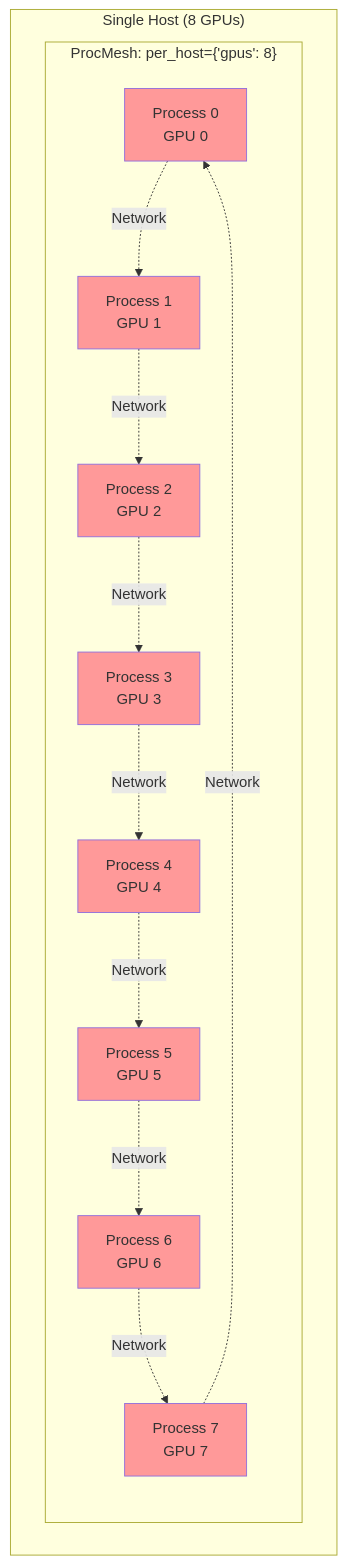
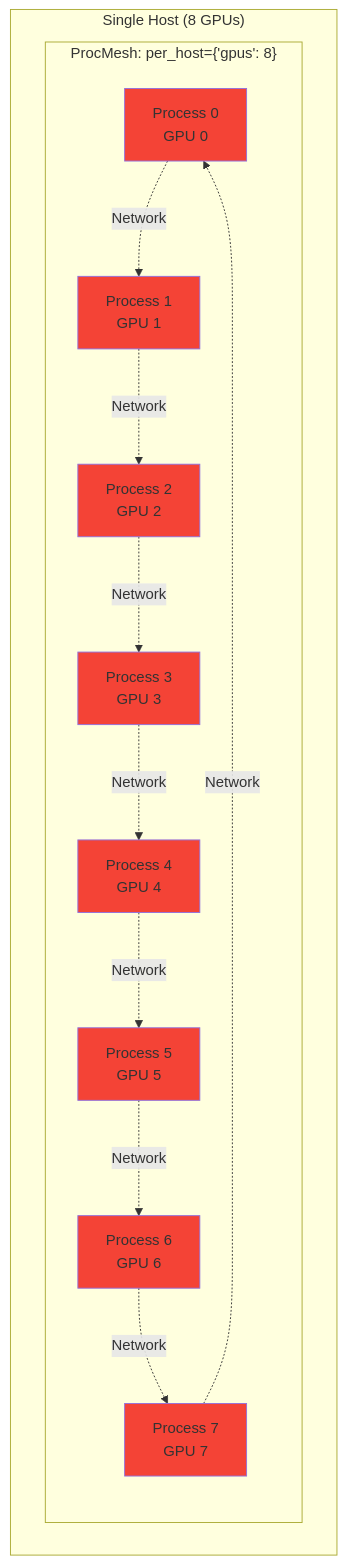
Before and after one commit to meta-pytorch/torchforge: the second of 8 diagrams in docs/Tutorials/3_Monarch_101.MD, drawn with Mermaid. The commit also changed other lines of this file and 2 other files, not shown here.

````diff
--- a/docs/Tutorials/3_Monarch_101.MD
+++ b/docs/Tutorials/3_Monarch_101.MD
@@ -53,33 +53,33 @@
 ```mermaid
 graph TD
     subgraph Host["Single Host (8 GPUs)"]
         subgraph ProcMesh["ProcMesh: per_host={'gpus': 8}"]
             P0["Process 0<br/>GPU 0"]
             P1["Process 1<br/>GPU 1"]
             P2["Process 2<br/>GPU 2"]
             P3["Process 3<br/>GPU 3"]
             P4["Process 4<br/>GPU 4"]
             P5["Process 5<br/>GPU 5"]
             P6["Process 6<br/>GPU 6"]
             P7["Process 7<br/>GPU 7"]
         end
 
         P0 -.->|"Network"| P1
         P1 -.->|"Network"| P2
         P2 -.->|"Network"| P3
         P3 -.->|"Network"| P4
         P4 -.->|"Network"| P5
         P5 -.->|"Network"| P6
         P6 -.->|"Network"| P7
         P7 -.->|"Network"| P0
     end
 
-    style P0 fill:#ff9999
-    style P1 fill:#ff9999
-    style P2 fill:#ff9999
-    style P3 fill:#ff9999
-    style P4 fill:#ff9999
-    style P5 fill:#ff9999
-    style P6 fill:#ff9999
-    style P7 fill:#ff9999
+    style P0 fill:#F44336
+    style P1 fill:#F44336
+    style P2 fill:#F44336
+    style P3 fill:#F44336
+    style P4 fill:#F44336
+    style P5 fill:#F44336
+    style P6 fill:#F44336
+    style P7 fill:#F44336
 ```
````
